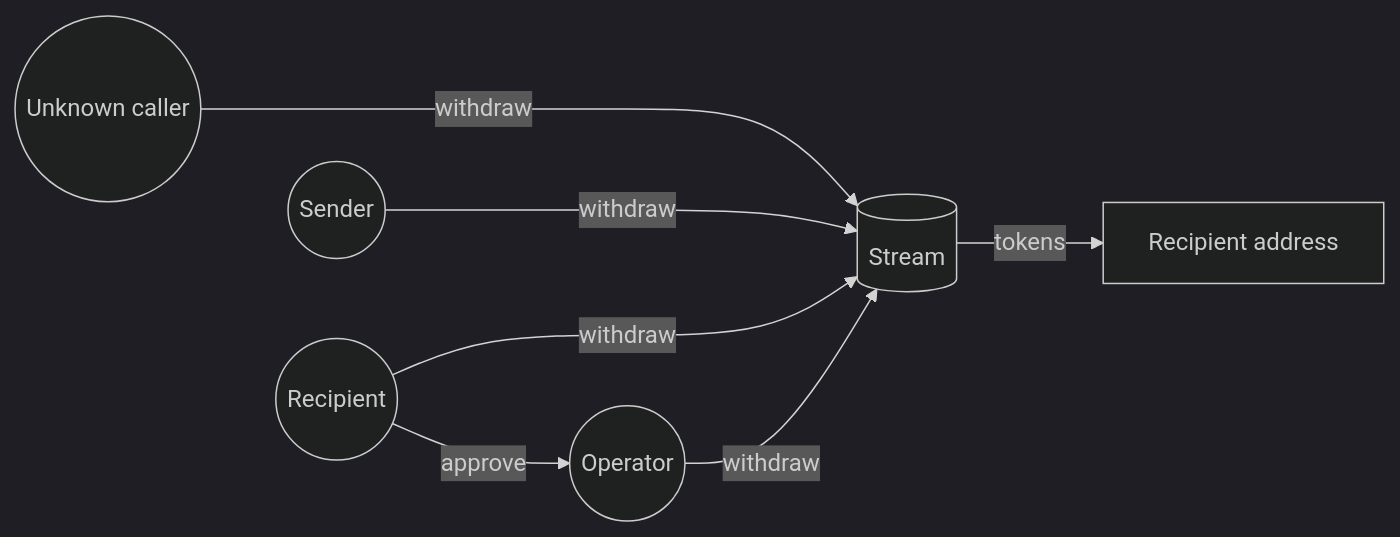
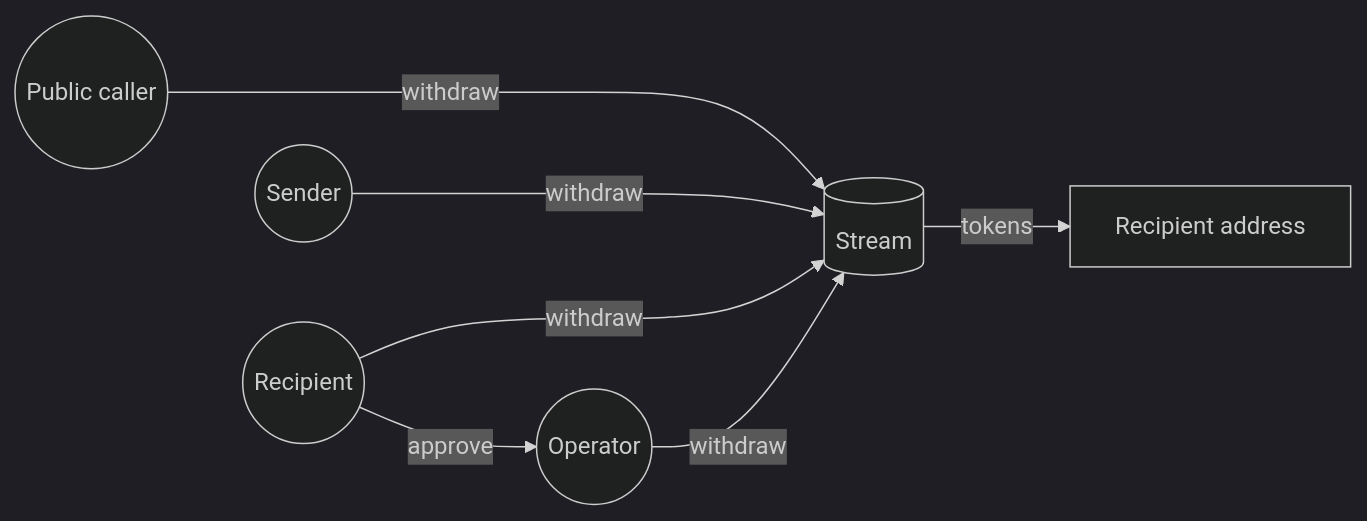
Before and after one commit to sablier-labs/docs: the eighth of 8 diagrams in docs/reference/lockup/04-access-control.md, drawn with Mermaid (dark theme). The commit also changed other lines of this file and 16 other files, not shown here.

Commit message:
adds link to flow audits polishing references to legacy protocol

````diff
--- a/docs/reference/lockup/04-access-control.md
+++ b/docs/reference/lockup/04-access-control.md
@@ -144,16 +144,16 @@
 ```mermaid
 flowchart LR;
-    unknown((Unknown caller));
+    public((Public caller));
     recipient((Recipient));
     operator((Operator));
     sender((Sender));
     stream[(Stream)];
     toAddress[Recipient address];
 
-    unknown -- withdraw ----> stream;
+    public -- withdraw ----> stream;
     sender -- withdraw --->stream;
     recipient -- withdraw -->stream;
     recipient -- approve -->operator;
     operator -- withdraw -->stream;
     stream -- tokens --> toAddress;
 ```
````
